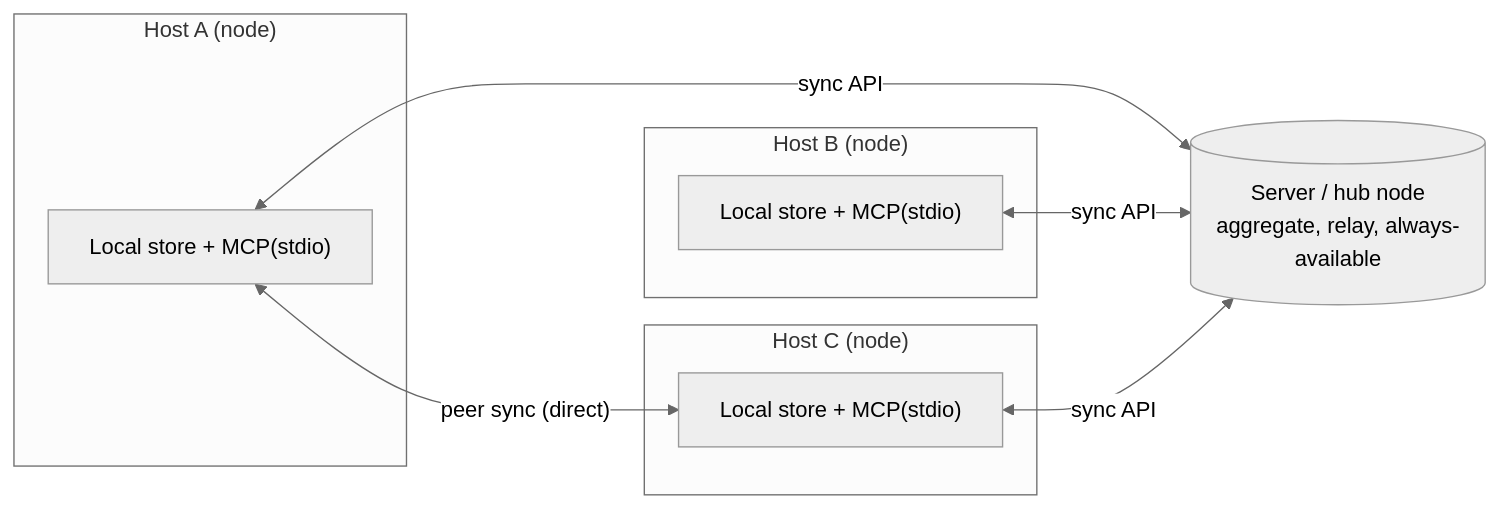
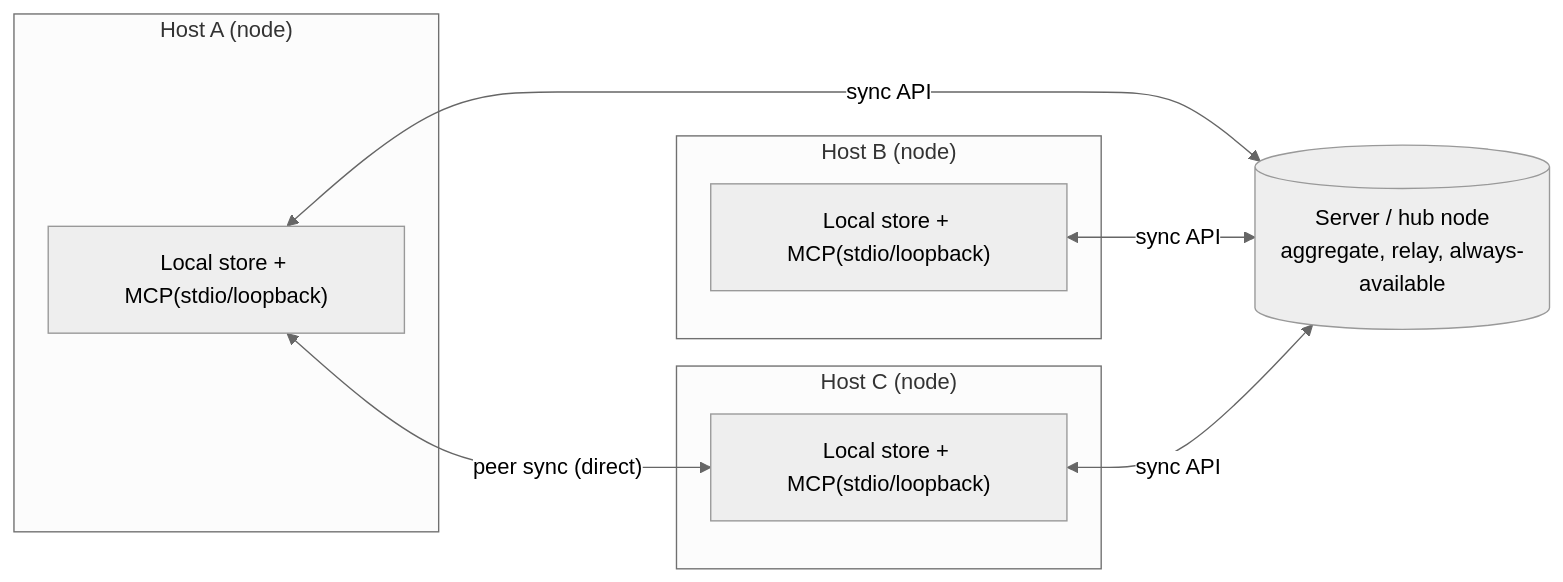
One commit to Ashon/supragnosis changed the third of 3 diagrams in docs/architecture.md. Above: the diagram before and after it, drawn with Mermaid (neutral theme). The commit also changed other lines of this file and 1 other file, not shown here.

First line of the commit message:
docs(principles): a stdio surface exists, and P17's local trust surface names it

````diff
--- a/docs/architecture.md
+++ b/docs/architecture.md
@@ -228,17 +228,17 @@
 ```mermaid
 flowchart LR
     subgraph HostA["Host A (node)"]
-        A1["Local store + MCP(stdio)"]
+        A1["Local store + MCP(stdio/loopback)"]
     end
     subgraph HostB["Host B (node)"]
-        B1["Local store + MCP(stdio)"]
+        B1["Local store + MCP(stdio/loopback)"]
     end
     subgraph HostC["Host C (node)"]
-        C1["Local store + MCP(stdio)"]
+        C1["Local store + MCP(stdio/loopback)"]
     end
     Hub[("Server / hub node\naggregate, relay, always-available")]
     A1 <-->|sync API| Hub
     B1 <-->|sync API| Hub
     C1 <-->|sync API| Hub
     A1 <-->|"peer sync (direct)"| C1
 ```
````
